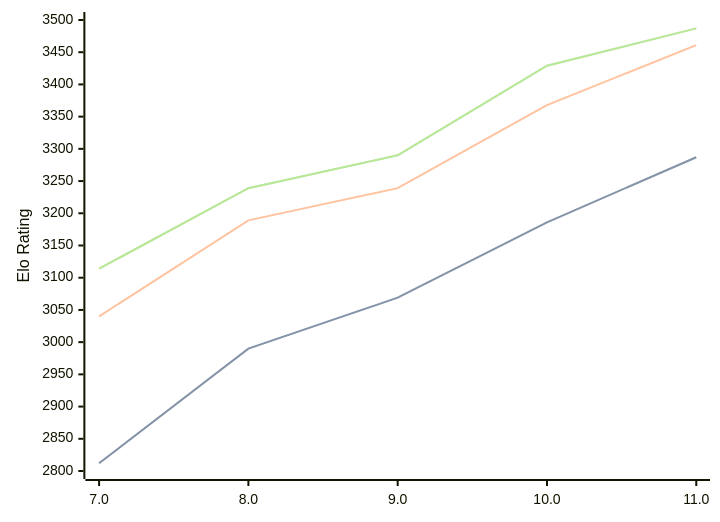
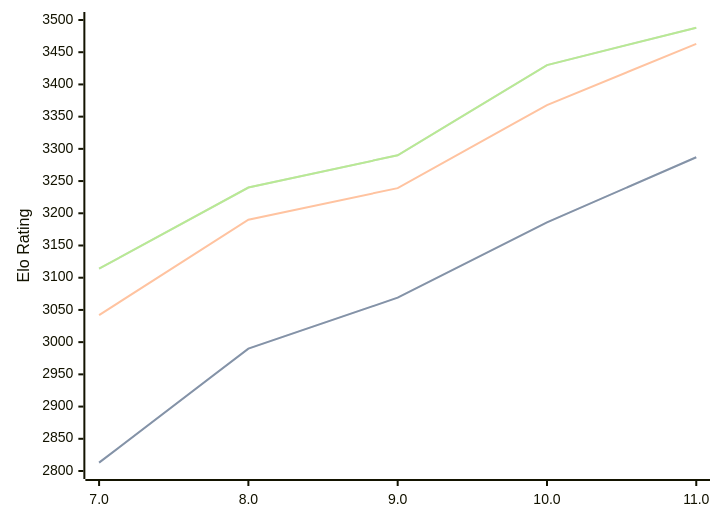
The diagram in engines/Tcheran.md (computer-chess-index/cci), drawn with Mermaid before and after one commit. The commit also changed other lines of this file, not shown here.

Commit message:
Update CCI Ratings (ELO VLTC) - 2026-05-04

````diff
--- a/engines/Tcheran.md
+++ b/engines/Tcheran.md
@@ -49,11 +49,11 @@
 ```mermaid
 %%{init: {"theme":"base","themeVariables":{"seriesColors:['#a3a3a3','#222221','#faa371']}}}%%
 xychart-beta
   x-axis ["7.0", "8.0", "9.0", "10.0", "11.0"]
   y-axis "Elo Rating" 2800 --> 3500
-  line "STC (8.0+0.08s)" [2812, 2990, 3069, 3186, 3287]
-  line "STC (8.0+0.08s)" [2812, 2990, 3069, 3186, 3287]
-  line "LTC (60.0+0.60s)" [3040, 3189, 3239, 3368, 3461]
-  line "VLTC (2m24s+1.12s)" [3114, 3239, 3290, 3429, 3487]
-  line "VLTC (2m24s+1.12s)" [3114, 3239, 3290, 3429, 3487]
+  line "STC (8.0+0.08s)" [2813, 2990, 3069, 3186, 3287]
+  line "STC (8.0+0.08s)" [2813, 2990, 3069, 3186, 3287]
+  line "LTC (60.0+0.60s)" [3042, 3190, 3239, 3368, 3463]
+  line "VLTC (2m24s+1.12s)" [3114, 3240, 3290, 3430, 3488]
+  line "VLTC (2m24s+1.12s)" [3114, 3240, 3290, 3430, 3488]
 ```
````
